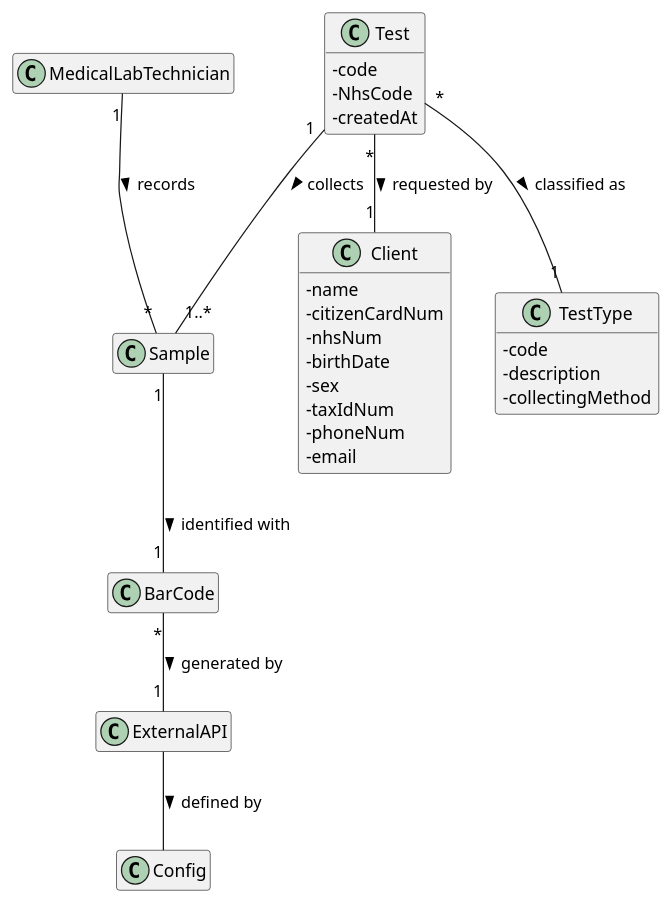
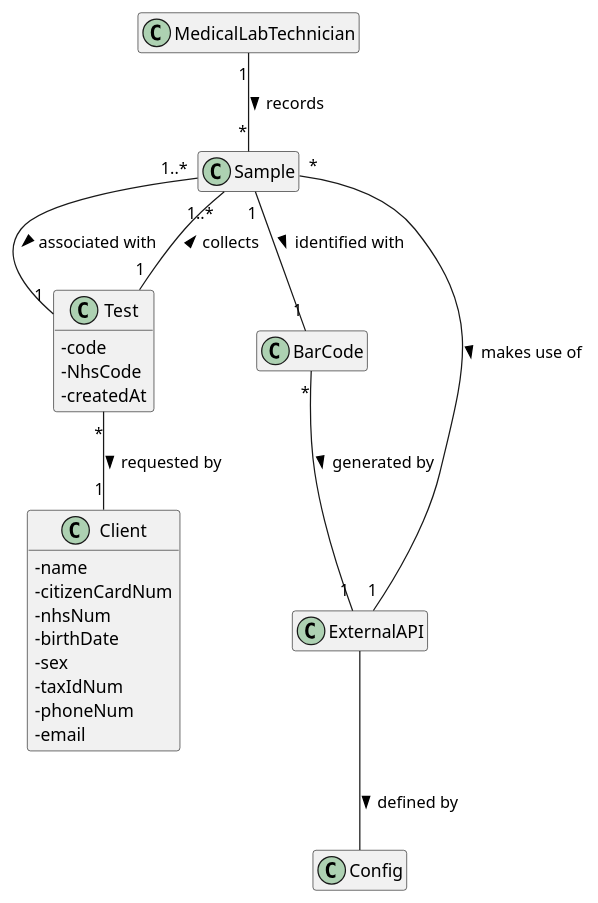
The diagram in docs/SprintC/US_5/US5_DM.puml (ana-albergaria/LAPR2-ISEP), drawn with PlantUML before and after one commit. The commit also changed 4 other files, not shown here.

```diff
--- a/docs/SprintC/US_5/US5_DM.puml
+++ b/docs/SprintC/US_5/US5_DM.puml
@@ -1,70 +1,78 @@
 @startuml
 
 skinparam classAttributeIconSize 0
 hide empty methods
 hide empty attributes
 
 class MedicalLabTechnician{}
 
 class Sample{}
 
 class Test{
 - code
 - NhsCode
 - createdAt
 }
 
 class BarCode {}
 
 class ExternalAPI{}
 
 /'class LabOrder{}'/
 
 class Client{
 - name
 - citizenCardNum
 - nhsNum
 - birthDate
 - sex
 - taxIdNum
 - phoneNum
 - email
 }
 
+/'
 class TestType{
 - code
 - description
 - collectingMethod
-}
+}'/
 
 /'class Parameter {
   -code
   -shortName
   -description
 }'/
 
 class Config {}
 
 
 
 
 MedicalLabTechnician "1" -- "*" Sample : records >
 Sample "1" -- "1" BarCode : identified with >
 BarCode "*" -- "1" ExternalAPI : generated by >
 Test "1" -- "1..*" Sample : collects >
 /'Test "1" --- "1" LabOrder : originates <'/
 /'LabOrder "1..*" --- "1" Client : provided by >'/
-Test "*" -- "1" TestType : classified as >
+
+/'comment line above'/
+/'Test "*" -- "1" TestType : classified as >'/
 
 /'LabOrder -- TestType : contains >'/
 /'LabOrder -- "1..*" Parameter : contains >'/
 
+/'RETIRAR SAMPLE <-> TEST'/
+Sample "1..*" -- "1" Test : associated with >
+
 ExternalAPI -- Config : defined by >
 
 Test "*" -- "1" Client : requested by >
+
+Sample "*" -- "1" ExternalAPI : makes use of >
 
 /'FALTA ADICIONAR ASSOCIAÇÕES: CLIENT <-> TEST , CLIENT <-> SAMPLE'/
 /'PORQUÊ QUE O TEST TEM 2 codes?'/
 
 
 @enduml
```
